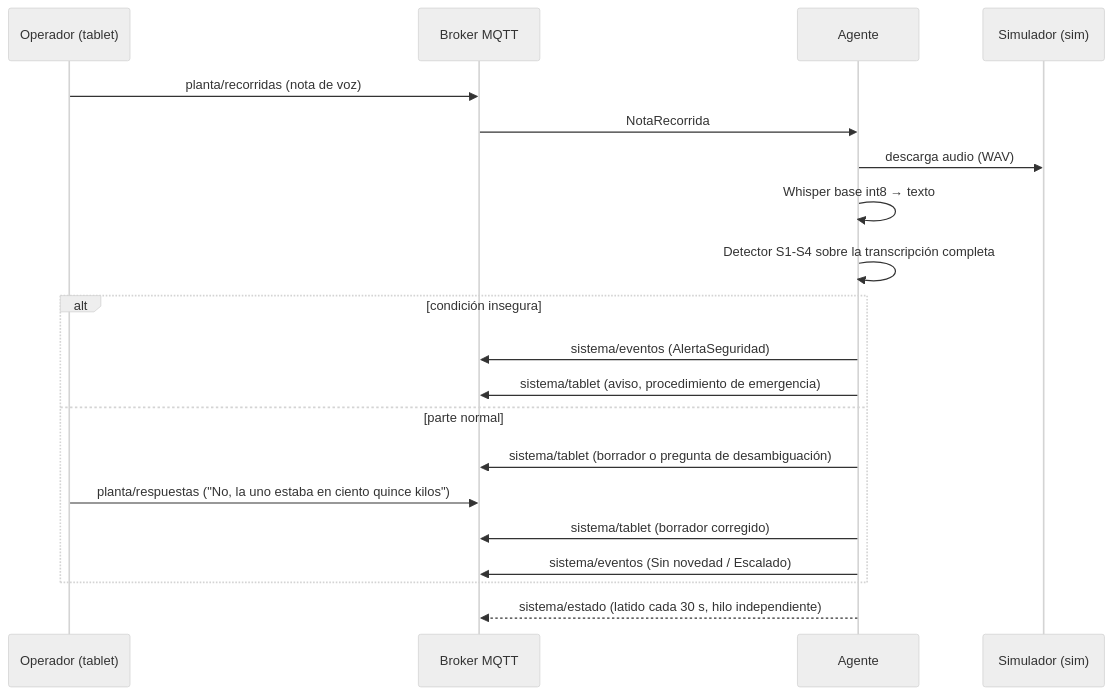
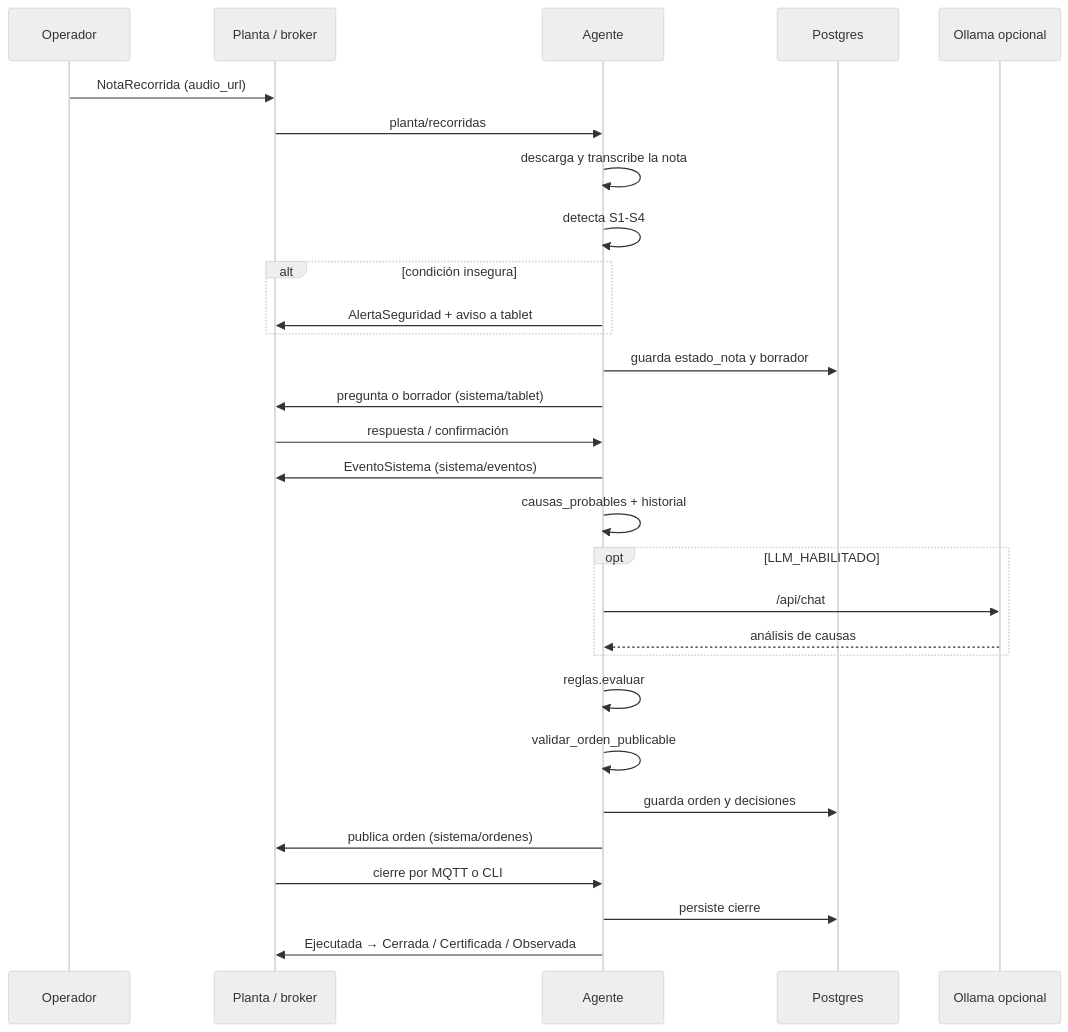
Before and after one commit to licette32/beverly-gonzalez: the first of 2 diagrams in README.md, drawn with Mermaid (neutral theme). The commit also changed other lines of this file and 6 other files, not shown here.

````diff
--- a/README.md
+++ b/README.md
@@ -48,23 +40,31 @@
 ```mermaid
 sequenceDiagram
-    participant Op as Operador (tablet)
-    participant B as Broker MQTT
-    participant A as Agente
-    participant S as Simulador (sim)
-
-    Op->>B: planta/recorridas (nota de voz)
-    B->>A: NotaRecorrida
-    A->>S: descarga audio (WAV)
-    A->>A: Whisper base int8 → texto
-    A->>A: Detector S1-S4 sobre la transcripción completa
+    participant Op as Operador
+    participant Planta as Planta / broker
+    participant Agente as Agente
+    participant PG as Postgres
+    participant LLM as Ollama opcional
+    Op->>Planta: NotaRecorrida (audio_url)
+    Planta->>Agente: planta/recorridas
+    Agente->>Agente: descarga y transcribe la nota
+    Agente->>Agente: detecta S1-S4
     alt condición insegura
-        A->>B: sistema/eventos (AlertaSeguridad)
-        A->>B: sistema/tablet (aviso, procedimiento de emergencia)
-    else parte normal
-        A->>B: sistema/tablet (borrador o pregunta de desambiguación)
-        Op->>B: planta/respuestas ("No, la uno estaba en ciento quince kilos")
-        A->>B: sistema/tablet (borrador corregido)
-        A->>B: sistema/eventos (Sin novedad / Escalado)
+        Agente->>Planta: AlertaSeguridad + aviso a tablet
     end
-    A-->>B: sistema/estado (latido cada 30 s, hilo independiente)
+    Agente->>PG: guarda estado_nota y borrador
+    Agente->>Planta: pregunta o borrador (sistema/tablet)
+    Planta->>Agente: respuesta / confirmación
+    Agente->>Planta: EventoSistema (sistema/eventos)
+    Agente->>Agente: causas_probables + historial
+    opt LLM_HABILITADO
+        Agente->>LLM: /api/chat
+        LLM-->>Agente: análisis de causas
+    end
+    Agente->>Agente: reglas.evaluar
+    Agente->>Agente: validar_orden_publicable
+    Agente->>PG: guarda orden y decisiones
+    Agente->>Planta: publica orden (sistema/ordenes)
+    Planta->>Agente: cierre por MQTT o CLI
+    Agente->>PG: persiste cierre
+    Agente->>Planta: Ejecutada → Cerrada / Certificada / Observada
 ```
````
